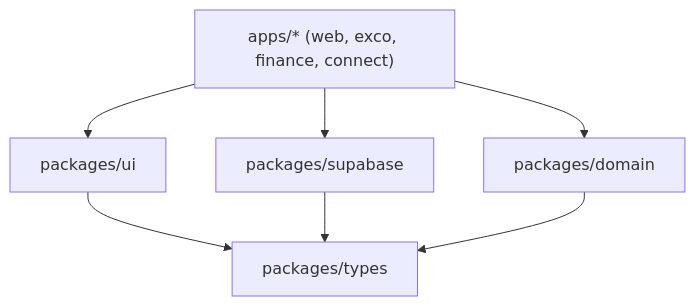
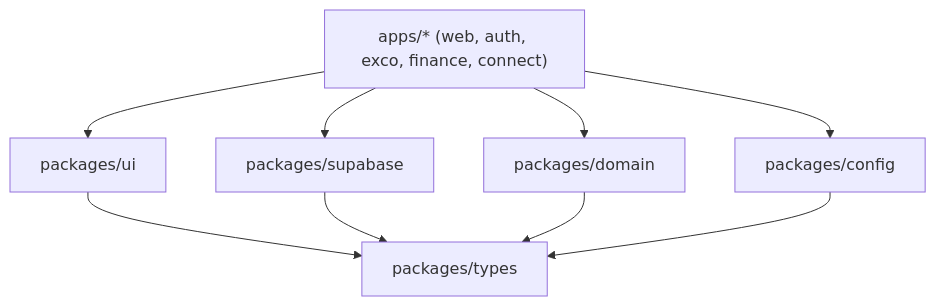
Before and after one commit to Allen-Brian/shesa-web-and-admin: the diagram in docs/standards/frontend.md, drawn with Mermaid. The commit also changed other lines of this file and 17 other files, not shown here.

````diff
--- a/docs/standards/frontend.md
+++ b/docs/standards/frontend.md
@@ -47,16 +56,19 @@
 ```mermaid
 flowchart TD
-  apps["apps/* (web, exco, finance, connect)"]
+  apps["apps/* (web, auth, exco, finance, connect)"]
   ui["packages/ui"]
   supa["packages/supabase"]
   domain["packages/domain"]
+  config["packages/config"]
   types["packages/types"]
 
   apps --> ui
   apps --> supa
   apps --> domain
+  apps --> config
 
   ui --> types
   supa --> types
   domain --> types
+  config --> types
 ```
````
